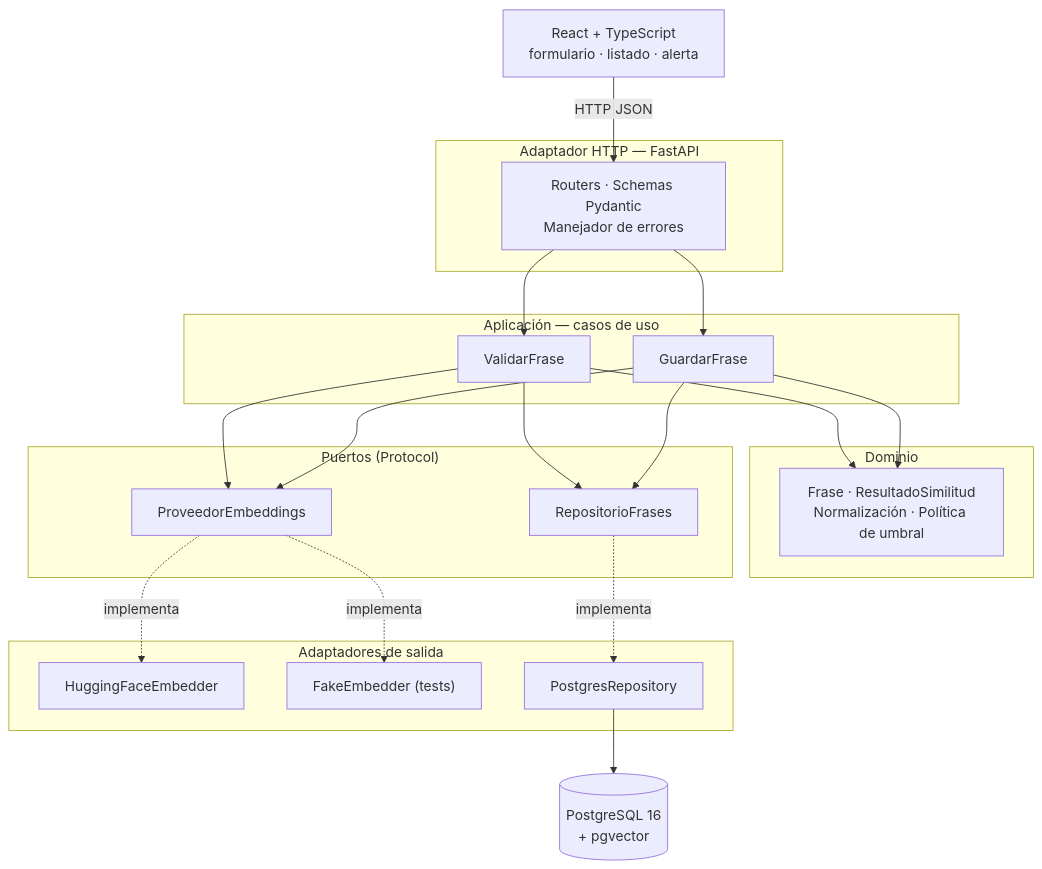
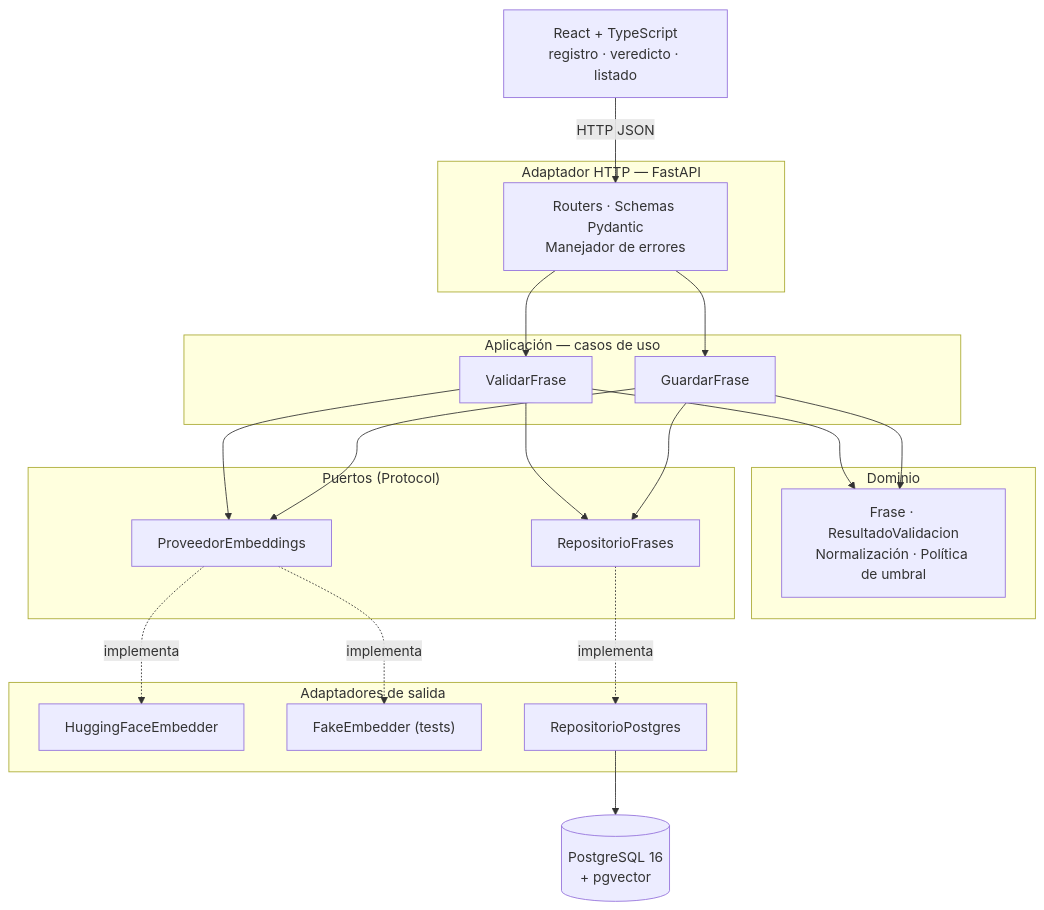
One commit to TorresF7/semantic-phrase-registry changed the first of 2 diagrams in docs/context/architecture.md. Above: the diagram before and after it, drawn with Mermaid. The commit also changed other lines of this file and 7 other files, not shown here.

````diff
--- a/docs/context/architecture.md
+++ b/docs/context/architecture.md
@@ -15,39 +15,39 @@
 ```mermaid
 flowchart TB
-    UI["React + TypeScript<br/>formulario · listado · alerta"]
+    UI["React + TypeScript<br/>registro · veredicto · listado"]
 
     subgraph API["Adaptador HTTP — FastAPI"]
         R["Routers · Schemas Pydantic<br/>Manejador de errores"]
     end
 
     subgraph APP["Aplicación — casos de uso"]
         UC1["ValidarFrase"]
         UC2["GuardarFrase"]
     end
 
     subgraph DOM["Dominio"]
-        E["Frase · ResultadoSimilitud<br/>Normalización · Política de umbral"]
+        E["Frase · ResultadoValidacion<br/>Normalización · Política de umbral"]
     end
 
     subgraph PORTS["Puertos (Protocol)"]
         P1["ProveedorEmbeddings"]
         P2["RepositorioFrases"]
     end
 
     subgraph ADP["Adaptadores de salida"]
         A1["HuggingFaceEmbedder"]
         A2["FakeEmbedder (tests)"]
-        A3["PostgresRepository"]
+        A3["RepositorioPostgres"]
     end
 
     DB[("PostgreSQL 16<br/>+ pgvector")]
 
     UI -->|HTTP JSON| R
     R --> UC1 & UC2
     UC1 & UC2 --> E
     UC1 & UC2 --> P1 & P2
     P1 -.implementa.-> A1
     P1 -.implementa.-> A2
     P2 -.implementa.-> A3
     A3 --> DB
 ```
````
